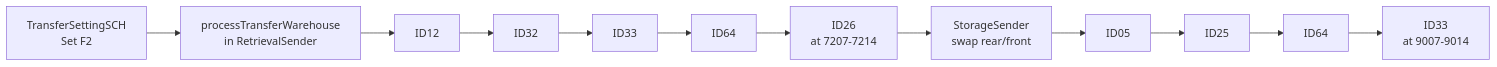
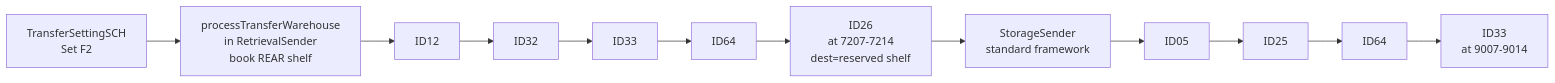
The first of 3 diagrams in Basic-Design/DFD-WMS/Retrieval/Transfer-Setting/Tempering-to-Ambient.md (luthfiadityaa/SimeDarby-Wiki), drawn with Mermaid before and after one commit. The commit also changed other lines of this file, not shown here.

First line of the commit message:
#6614 Simplified transfer design: rear-only booking, no StorageSender changes

```diff
--- a/Basic-Design/DFD-WMS/Retrieval/Transfer-Setting/Tempering-to-Ambient.md
+++ b/Basic-Design/DFD-WMS/Retrieval/Transfer-Setting/Tempering-to-Ambient.md
@@ -8,5 +8,5 @@
 ::: mermaid
 flowchart LR
 
-P1[TransferSettingSCH<br/>Set F2]-->P2[processTransferWarehouse<br/>in RetrievalSender]-->P3[ID12]-->P4[ID32]-->P5[ID33]-->P6[ID64]-->P7[ID26<br/>at 7207-7214]-->P8[StorageSender<br/>swap rear/front]-->P9[ID05]-->P10[ID25]-->P11[ID64]-->P12[ID33<br/>at 9007-9014]
+P1[TransferSettingSCH<br/>Set F2]-->P2[processTransferWarehouse<br/>in RetrievalSender<br/>book REAR shelf]-->P3[ID12]-->P4[ID32]-->P5[ID33]-->P6[ID64]-->P7[ID26<br/>at 7207-7214<br/>dest=reserved shelf]-->P8[StorageSender<br/>standard framework]-->P9[ID05]-->P10[ID25]-->P11[ID64]-->P12[ID33<br/>at 9007-9014]
 :::
```
